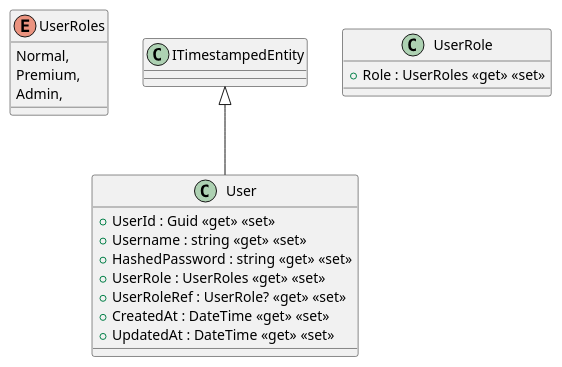
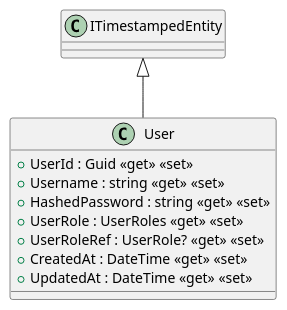
One commit to cutehusky/SoftwareDesignProject changed the diagram in Main/Doc/Models/Entities/User.puml. Above: the diagram before and after it, drawn with PlantUML. The commit also changed 131 other files, not shown here.

Commit message:
doc: class diagram and c4 model

```diff
--- a/Main/Doc/Models/Entities/User.puml
+++ b/Main/Doc/Models/Entities/User.puml
@@ -1,20 +1,12 @@
 @startuml
-enum UserRoles {
-    Normal,
-    Premium,
-    Admin,
-}
 class User {
     + UserId : Guid <<get>> <<set>>
     + Username : string <<get>> <<set>>
     + HashedPassword : string <<get>> <<set>>
     + UserRole : UserRoles <<get>> <<set>>
     + UserRoleRef : UserRole? <<get>> <<set>>
     + CreatedAt : DateTime <<get>> <<set>>
     + UpdatedAt : DateTime <<get>> <<set>>
 }
-class UserRole {
-    + Role : UserRoles <<get>> <<set>>
-}
 ITimestampedEntity <|-- User
 @enduml
```
